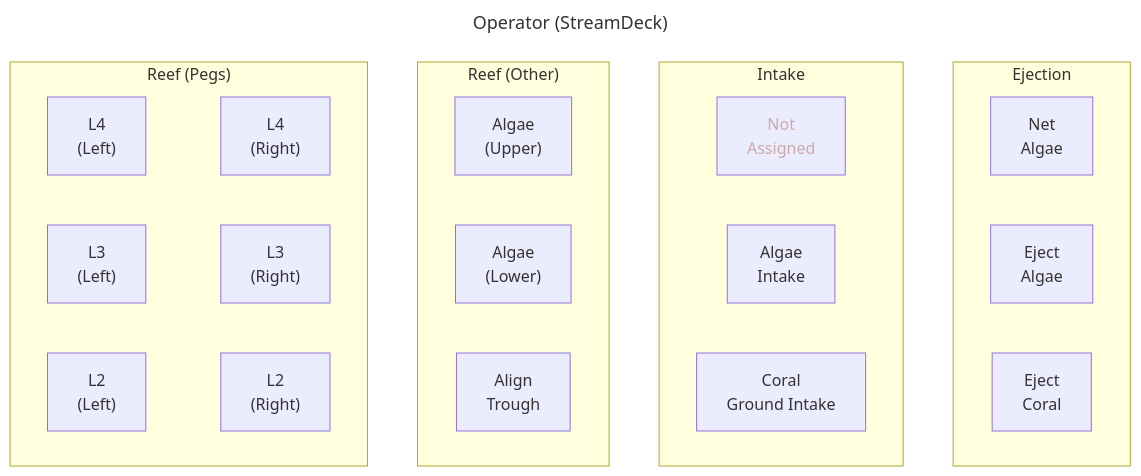
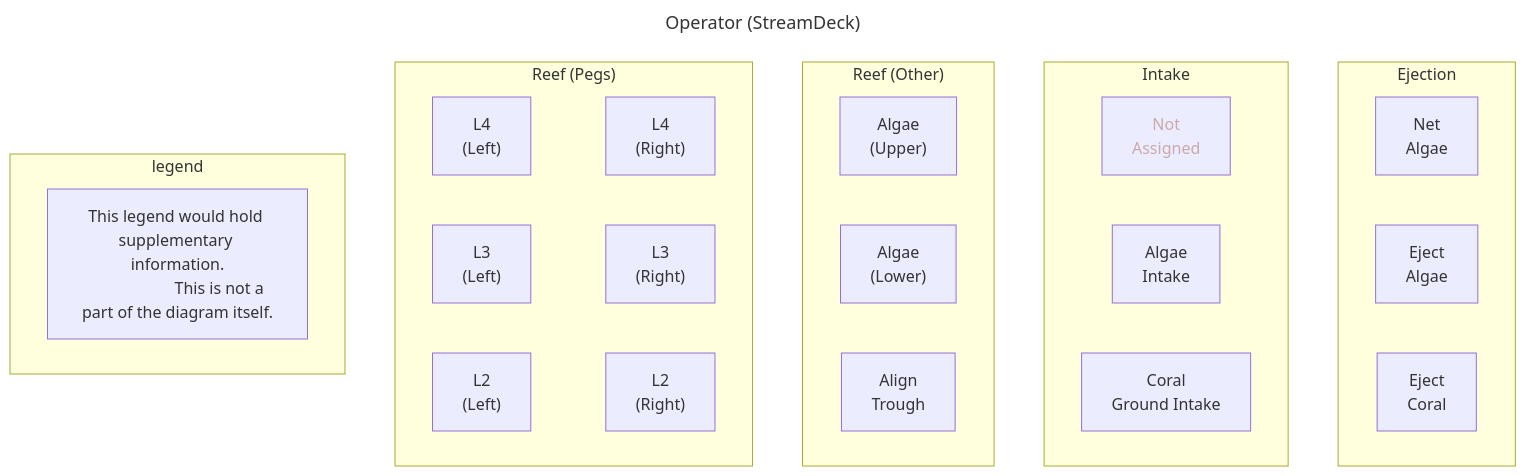
One commit to Raptacon/Robot-2025 changed the diagram in doc/controller_diagrams/operator_streamdeck_2025.mermaid. Above: the diagram before and after it, drawn with Mermaid. The commit also changed 1 other file, not shown here.

```diff
--- a/doc/controller_diagrams/operator_streamdeck_2025.mermaid
+++ b/doc/controller_diagrams/operator_streamdeck_2025.mermaid
@@ -1,34 +1,38 @@
 ---
 title: Operator (StreamDeck)
 ---
 graph TB
     subgraph c5["Ejection"]
         Net["Net
              Algae"]
         EjectAlg["Eject
                   Algae"]
         EjectCoral["Eject
                     Coral"]
     end
     subgraph c4["Intake"]
         r1c4["Not
               Assigned"]
             style r1c4 color:#caa
         IntakeAlg["Algae
                    Intake"]
         IntakeGrd["Coral
                    Ground Intake"]
     end
     subgraph c3["Reef (Other)"]
         RmAlgU["Algae
                 (Upper)"]
         RmAlgL["Algae
                 (Lower)"]
         Trough["Align
                 Trough"]
     end
     subgraph c1c2["Reef (Pegs)"]
         LL4["L4\n(Left)"]~~~RL4["L4\n(Right)"]
         LL3["L3\n(Left)"]~~~RL3["L3\n(Right)"]
         LL2["L2\n(Left)"]~~~RL2["L2\n(Right)"]
     end
+    subgraph legend
+        placeholder["This legend would hold supplementary information.
+                     This is not a part of the diagram itself."]
+    end
```
